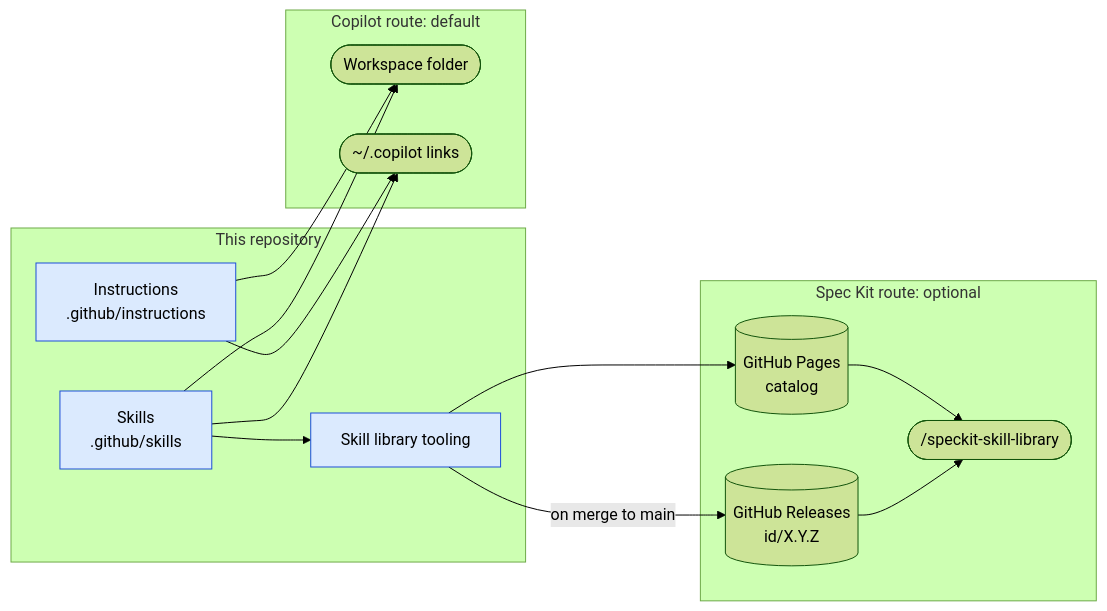
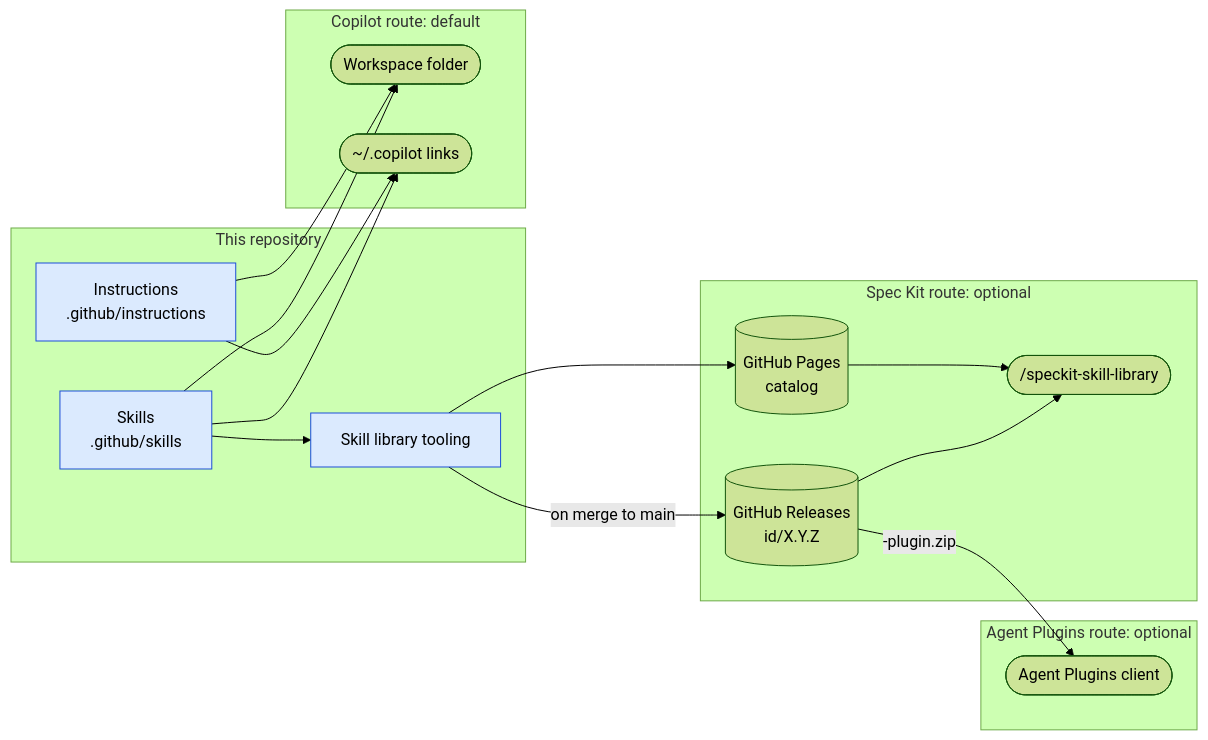
The diagram in README.md (f2calv/.github), drawn with Mermaid (forest theme) before and after one commit. The commit also changed other lines of this file and 2 other files, not shown here.

````diff
--- a/README.md
+++ b/README.md
@@ -20,32 +32,37 @@
 ```mermaid
 flowchart LR
     subgraph repo [This repository]
         instr[Instructions<br/>.github/instructions]
         skills[Skills<br/>.github/skills]
         tools[Skill library tooling]
     end
 
     subgraph copilot [Copilot route: default]
         ws([Workspace folder])
         personal(["~/.copilot links"])
     end
 
     subgraph speckit [Spec Kit route: optional]
         rel[(GitHub Releases<br/>id/X.Y.Z)]
         cat[(GitHub Pages<br/>catalog)]
         cmd(["/speckit-skill-library"])
     end
 
+    subgraph plugins [Agent Plugins route: optional]
+        client([Agent Plugins client])
+    end
+
     instr --> ws
     skills --> ws
     instr --> personal
     skills --> personal
     skills --> tools
     tools -- "on merge to main" --> rel
     tools --> cat
     cat --> cmd
     rel --> cmd
+    rel -- "-plugin.zip" --> client
 
     classDef owned fill:#dbeafe,stroke:#1d4ed8,color:#000
     class instr,skills,tools owned
 ```
````
